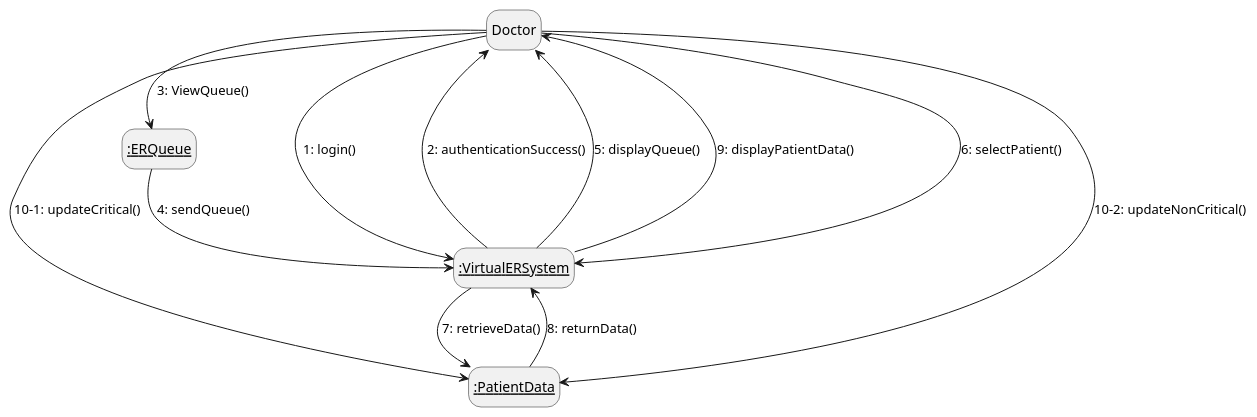
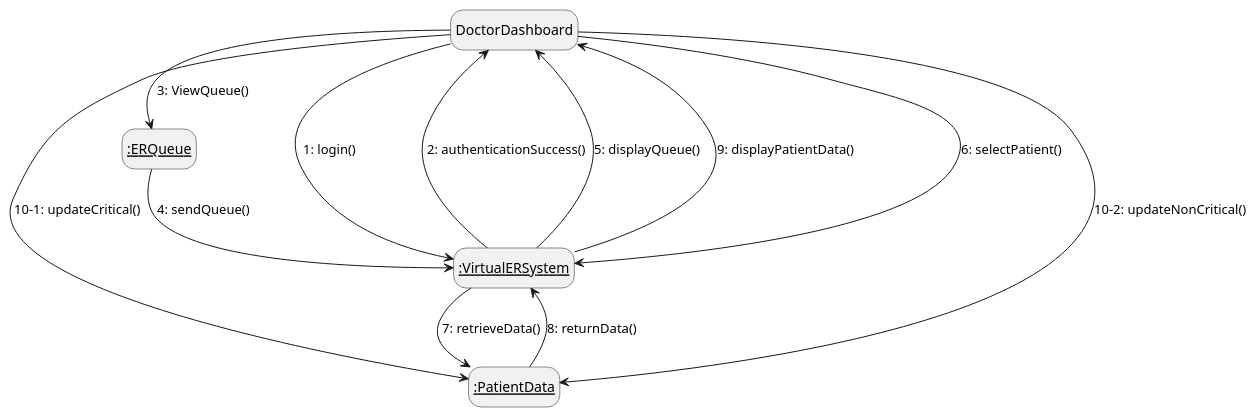
Before and after one commit to SENG-350-2024-fall/Group2: the diagram in milestone_2/Brandon_Diagrams/collaborationDoctor.puml, drawn with PlantUML. The commit also changed 11 other files, not shown here.

```diff
--- a/milestone_2/Brandon_Diagrams/collaborationDoctor.puml
+++ b/milestone_2/Brandon_Diagrams/collaborationDoctor.puml
@@ -1,16 +1,16 @@
 @startuml doctorCollaboration
 hide empty description
 
-Doctor --> __:VirtualERSystem__ : 1: login()
-__:VirtualERSystem__ --> Doctor : 2: authenticationSuccess()
-Doctor --> __:ERQueue__ : 3: ViewQueue()
+DoctorDashboard --> __:VirtualERSystem__ : 1: login()
+__:VirtualERSystem__ --> DoctorDashboard : 2: authenticationSuccess()
+DoctorDashboard --> __:ERQueue__ : 3: ViewQueue()
 __:ERQueue__ --> __:VirtualERSystem__ : 4: sendQueue()
-__:VirtualERSystem__ --> Doctor : 5: displayQueue()
-Doctor --> __:VirtualERSystem__ : 6: selectPatient()
+__:VirtualERSystem__ --> DoctorDashboard : 5: displayQueue()
+DoctorDashboard --> __:VirtualERSystem__ : 6: selectPatient()
 __:VirtualERSystem__ --> __:PatientData__ : 7: retrieveData()
 __:PatientData__ --> __:VirtualERSystem__ : 8: returnData()
-__:VirtualERSystem__ --> Doctor : 9: displayPatientData()
-Doctor --> __:PatientData__ : 10-1: updateCritical()
-Doctor --> __:PatientData__ : 10-2: updateNonCritical()
+__:VirtualERSystem__ --> DoctorDashboard : 9: displayPatientData()
+DoctorDashboard --> __:PatientData__ : 10-1: updateCritical()
+DoctorDashboard --> __:PatientData__ : 10-2: updateNonCritical()
 
 @enduml
```
